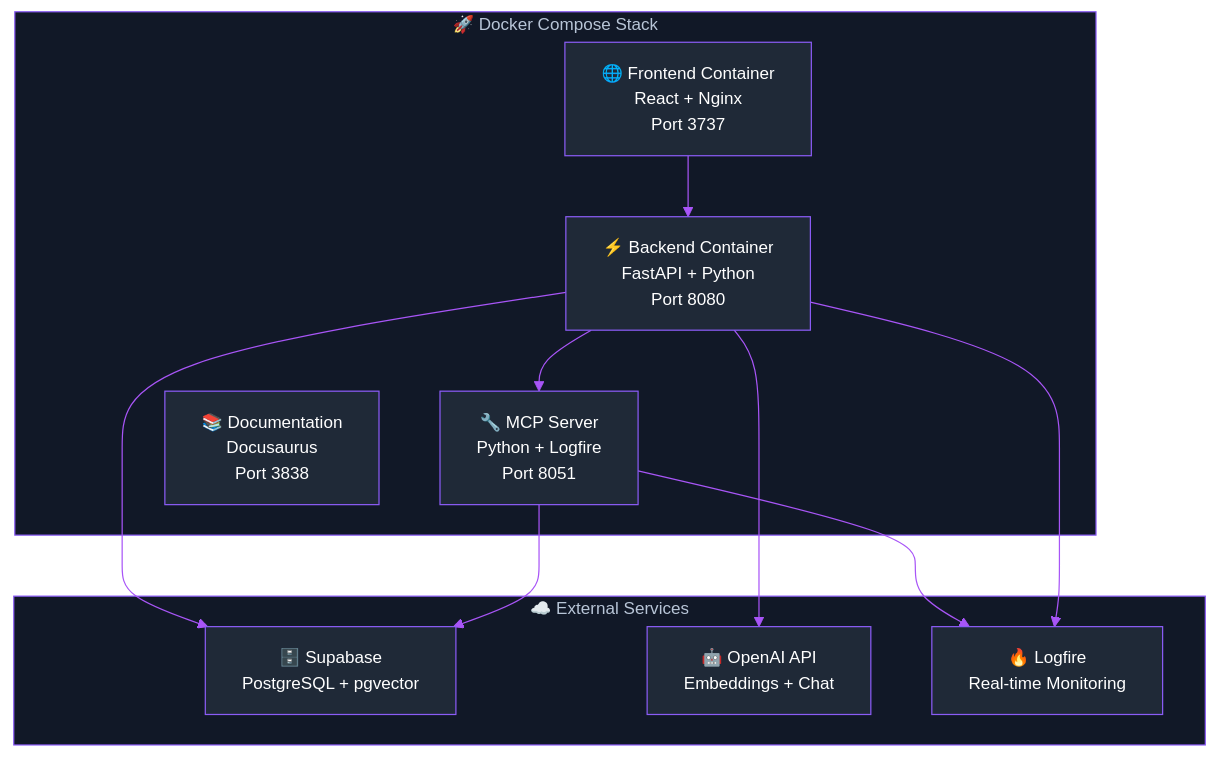
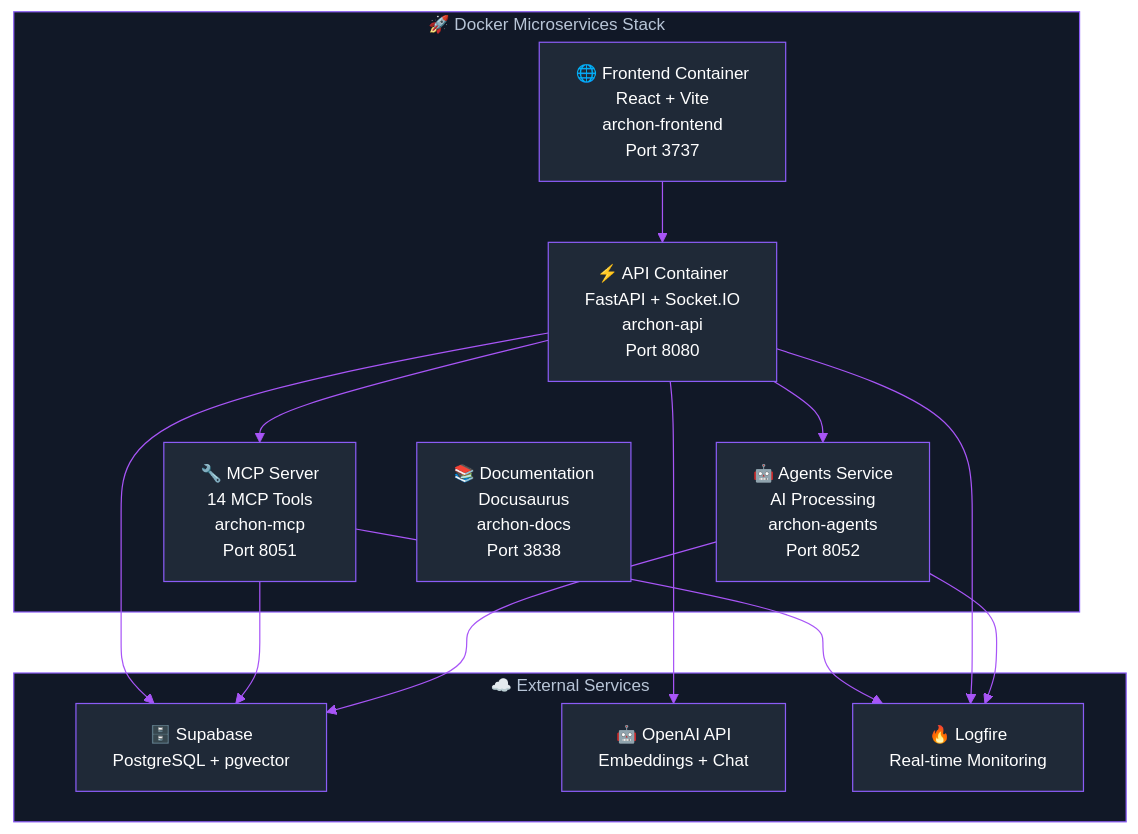
One commit to tarsonis125/mcp-crawl4ai-rag-ChromaDB-V1 changed the diagram in docs/docs/getting-started.mdx. Above: the diagram before and after it, drawn with Mermaid. The commit also changed other lines of this file and 36 other files, not shown here.

First line of the commit message:
refactor: transition to microservices architecture with Socket.IO integration

````diff
--- a/docs/docs/getting-started.mdx
+++ b/docs/docs/getting-started.mdx
@@ -156,41 +157,45 @@
 ```mermaid
 %%{init:{
   'theme':'base',
   'themeVariables': {
     'primaryColor':'#1f2937',
     'primaryTextColor':'#ffffff',
     'primaryBorderColor':'#8b5cf6',
     'lineColor':'#a855f7',
     'textColor':'#ffffff',
     'fontFamily':'Inter',
     'fontSize':'14px',
     'background':'#000000',
     'mainBkg':'#1f2937',
     'secondBkg':'#111827',
     'borderColor':'#8b5cf6',
     'clusterBkg':'#111827',
     'clusterBorder':'#8b5cf6'
   }
 }}%%
 graph TB
-    subgraph "🚀 Docker Compose Stack"
-        Frontend["🌐 Frontend Container<br/>React + Nginx<br/>Port 3737"]
-        Backend["⚡ Backend Container<br/>FastAPI + Python<br/>Port 8080"]
-        MCP["🔧 MCP Server<br/>Python + Logfire<br/>Port 8051"]
-        Docs["📚 Documentation<br/>Docusaurus<br/>Port 3838"]
+    subgraph "🚀 Docker Microservices Stack"
+        Frontend["🌐 Frontend Container<br/>React + Vite<br/>archon-frontend<br/>Port 3737"]
+        API["⚡ API Container<br/>FastAPI + Socket.IO<br/>archon-api<br/>Port 8080"]
+        MCP["🔧 MCP Server<br/>14 MCP Tools<br/>archon-mcp<br/>Port 8051"]
+        Agents["🤖 Agents Service<br/>AI Processing<br/>archon-agents<br/>Port 8052"]
+        Docs["📚 Documentation<br/>Docusaurus<br/>archon-docs<br/>Port 3838"]
     end
 
     subgraph "☁️ External Services"
         Supabase["🗄️ Supabase<br/>PostgreSQL + pgvector"]
         OpenAI["🤖 OpenAI API<br/>Embeddings + Chat"]
         Logfire["🔥 Logfire<br/>Real-time Monitoring"]
     end
 
-    Frontend --> Backend
-    Backend --> MCP
-    Backend --> Supabase
-    Backend --> OpenAI
+    Frontend --> API
+    API --> MCP
+    API --> Agents
+    API --> Supabase
+    API --> OpenAI
     MCP --> Logfire
-    Backend --> Logfire
+    API --> Logfire
+    Agents --> Logfire
     MCP --> Supabase
+    Agents --> Supabase
 ```
````
